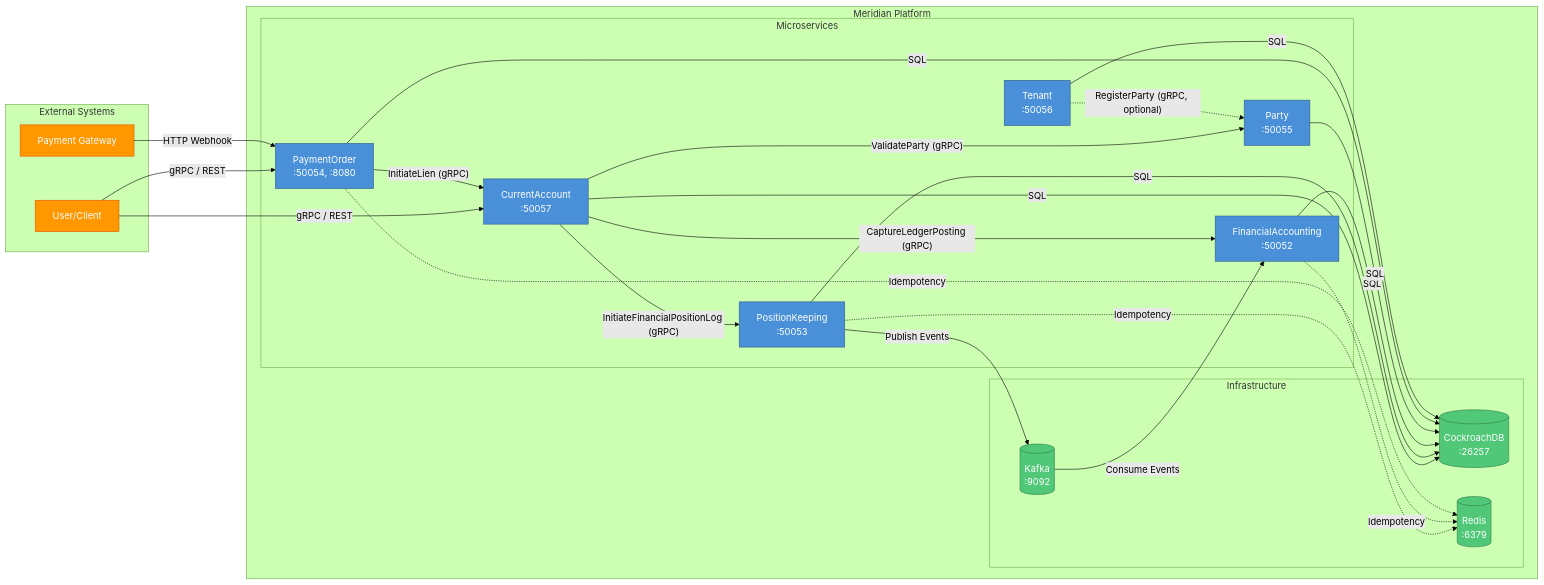
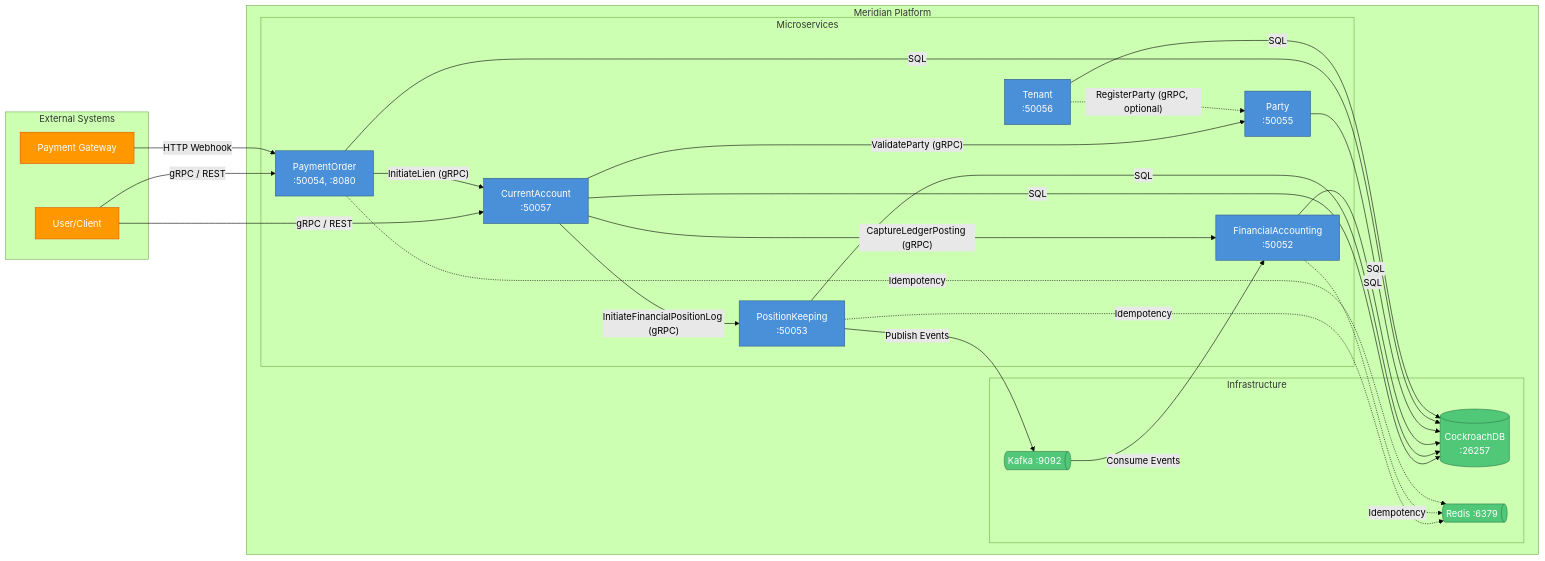
Before and after one commit to meridianhub/meridian: the diagram in services/README.md, drawn with Mermaid (forest theme). The commit also changed other lines of this file, not shown here.

Commit message:
docs: Use horizontal cylinder (das) shape for Kafka and Redis
Differentiates storage types visually:
- Vertical cylinder for database (CockroachDB)
- Horizontal cylinder (direct access storage) for Kafka and Redis

````diff
--- a/services/README.md
+++ b/services/README.md
@@ -10,61 +10,61 @@
 ```mermaid
 flowchart LR
     subgraph External["External Systems"]
         User["User/Client"]
         Gateway["Payment Gateway"]
     end
 
     subgraph Platform["Meridian Platform"]
         subgraph Services["Microservices"]
             CA["CurrentAccount<br/>:50057"]
             PK["PositionKeeping<br/>:50053"]
             FA["FinancialAccounting<br/>:50052"]
             Party["Party<br/>:50055"]
             PO["PaymentOrder<br/>:50054, :8080"]
             Tenant["Tenant<br/>:50056"]
         end
 
         subgraph Infrastructure["Infrastructure"]
             DB[("CockroachDB<br/>:26257")]
-            Kafka[("Kafka<br/>:9092")]
-            Redis[("Redis<br/>:6379")]
+            Kafka@{ shape: das, label: "Kafka :9092" }
+            Redis@{ shape: das, label: "Redis :6379" }
         end
     end
 
     %% External connections
     User -->|"gRPC / REST"| CA
     User -->|"gRPC / REST"| PO
     Gateway -->|"HTTP Webhook"| PO
 
     %% gRPC inter-service calls
     CA -->|"ValidateParty (gRPC)"| Party
     CA -->|"InitiateFinancialPositionLog (gRPC)"| PK
     CA -->|"CaptureLedgerPosting (gRPC)"| FA
     PO -->|"InitiateLien (gRPC)"| CA
     Tenant -.->|"RegisterParty (gRPC, optional)"| Party
 
     %% Kafka event streaming
     PK -->|"Publish Events"| Kafka
     Kafka -->|"Consume Events"| FA
 
     %% Database connections
     CA -->|"SQL"| DB
     PK -->|"SQL"| DB
     FA -->|"SQL"| DB
     Party -->|"SQL"| DB
     PO -->|"SQL"| DB
     Tenant -->|"SQL"| DB
 
     %% Redis (optional idempotency)
     PK -.->|"Idempotency"| Redis
     FA -.->|"Idempotency"| Redis
     PO -.->|"Idempotency"| Redis
 
     classDef service fill:#4a90d9,stroke:#2d5a87,color:#fff
     classDef storage fill:#50c878,stroke:#2d7a4a,color:#fff
     classDef external fill:#ff9800,stroke:#e65100,color:#fff
 
     class CA,PK,FA,Party,PO,Tenant service
     class DB,Kafka,Redis storage
     class User,Gateway external
 ```
````
